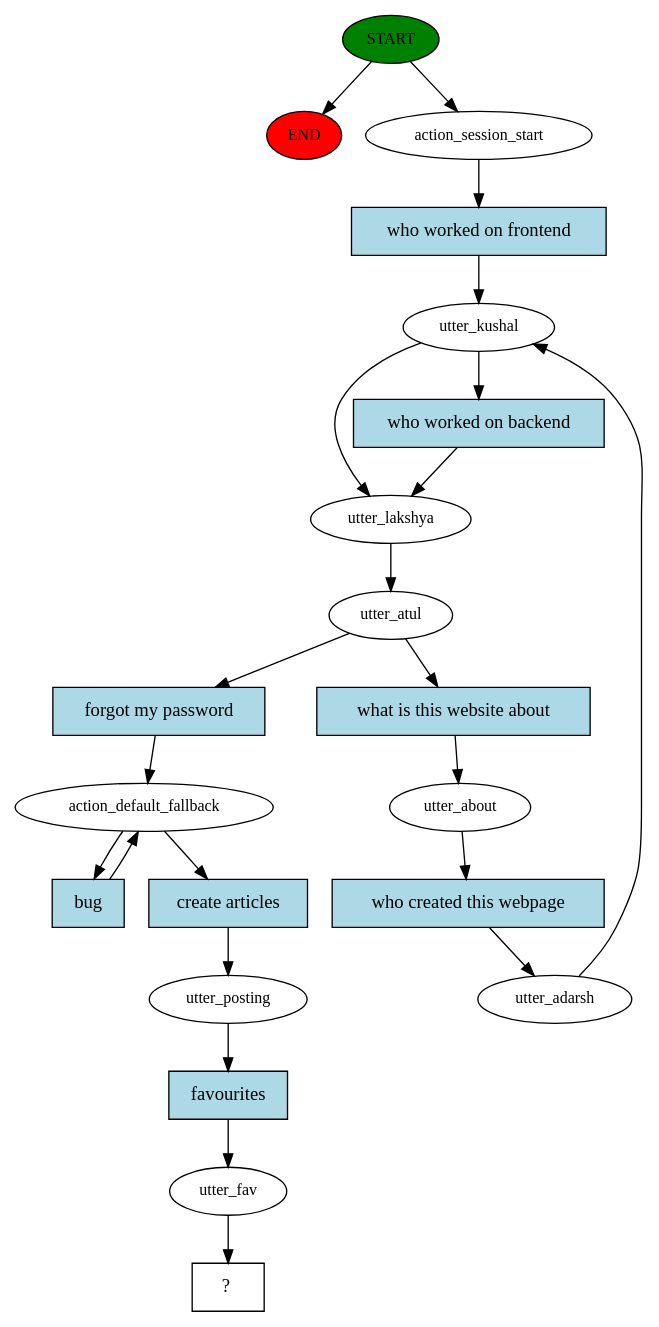
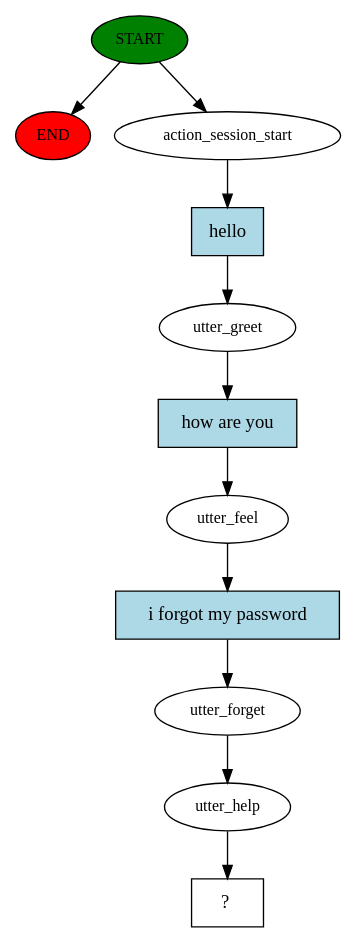
Before and after one commit to Atul-tyagi23/chatbot: the diagram in story_graph.dot, drawn with Graphviz.

```diff
--- a/story_graph.dot
+++ b/story_graph.dot
@@ -1,44 +1,23 @@
 digraph  {
 0 [class="start active", fillcolor=green, fontsize=12, label=START, style=filled];
 "-1" [class=end, fillcolor=red, fontsize=12, label=END, style=filled];
 1 [class=active, fontsize=12, label=action_session_start];
-2 [class=active, fontsize=12, label=utter_kushal];
-3 [class=active, fontsize=12, label=utter_lakshya];
-4 [class=active, fontsize=12, label=utter_atul];
-5 [class=active, fontsize=12, label=utter_about];
-6 [class=active, fontsize=12, label=utter_adarsh];
-10 [class=active, fontsize=12, label=action_default_fallback];
-12 [class=active, fontsize=12, label=utter_posting];
-13 [class=active, fontsize=12, label=utter_fav];
-14 [class="intent dashed active", label="  ?  ", shape=rect];
-15 [class="intent active", fillcolor=lightblue, label="who worked on frontend", shape=rect, style=filled];
-16 [class="intent active", fillcolor=lightblue, label="who worked on backend", shape=rect, style=filled];
-17 [class="intent active", fillcolor=lightblue, label="what is this website about", shape=rect, style=filled];
-18 [class="intent active", fillcolor=lightblue, label="forgot my password", shape=rect, style=filled];
-19 [class="intent active", fillcolor=lightblue, label="who created this webpage", shape=rect, style=filled];
-20 [class="intent active", fillcolor=lightblue, label="create articles", shape=rect, style=filled];
-21 [class="intent active", fillcolor=lightblue, label=bug, shape=rect, style=filled];
-22 [class="intent active", fillcolor=lightblue, label=favourites, shape=rect, style=filled];
+2 [class=active, fontsize=12, label=utter_greet];
+3 [class=active, fontsize=12, label=utter_feel];
+4 [class=active, fontsize=12, label=utter_forget];
+5 [class=active, fontsize=12, label=utter_help];
+6 [class="intent dashed active", label="  ?  ", shape=rect];
+7 [class="intent active", fillcolor=lightblue, label=hello, shape=rect, style=filled];
+8 [class="intent active", fillcolor=lightblue, label="how are you", shape=rect, style=filled];
+9 [class="intent active", fillcolor=lightblue, label="i forgot my password", shape=rect, style=filled];
 0 -> "-1"  [class="", key=NONE, label=""];
 0 -> 1  [class=active, key=NONE, label=""];
-1 -> 15  [class=active, key=0];
-2 -> 3  [class=active, key=NONE, label=""];
-2 -> 16  [class=active, key=0];
-3 -> 4  [class=active, key=NONE, label=""];
-4 -> 17  [class=active, key=0];
-4 -> 18  [class=active, key=0];
-5 -> 19  [class=active, key=0];
-6 -> 2  [class=active, key=NONE, label=""];
-10 -> 20  [class=active, key=0];
-10 -> 21  [class=active, key=0];
-12 -> 22  [class=active, key=0];
-13 -> 14  [class=active, key=NONE, label=""];
-15 -> 2  [class=active, key=0];
-16 -> 3  [class=active, key=0];
-17 -> 5  [class=active, key=0];
-18 -> 10  [class=active, key=0];
-19 -> 6  [class=active, key=0];
-20 -> 12  [class=active, key=0];
-21 -> 10  [class=active, key=0];
-22 -> 13  [class=active, key=0];
+1 -> 7  [class=active, key=0];
+2 -> 8  [class=active, key=0];
+3 -> 9  [class=active, key=0];
+4 -> 5  [class=active, key=NONE, label=""];
+5 -> 6  [class=active, key=NONE, label=""];
+7 -> 2  [class=active, key=0];
+8 -> 3  [class=active, key=0];
+9 -> 4  [class=active, key=0];
 }
```
